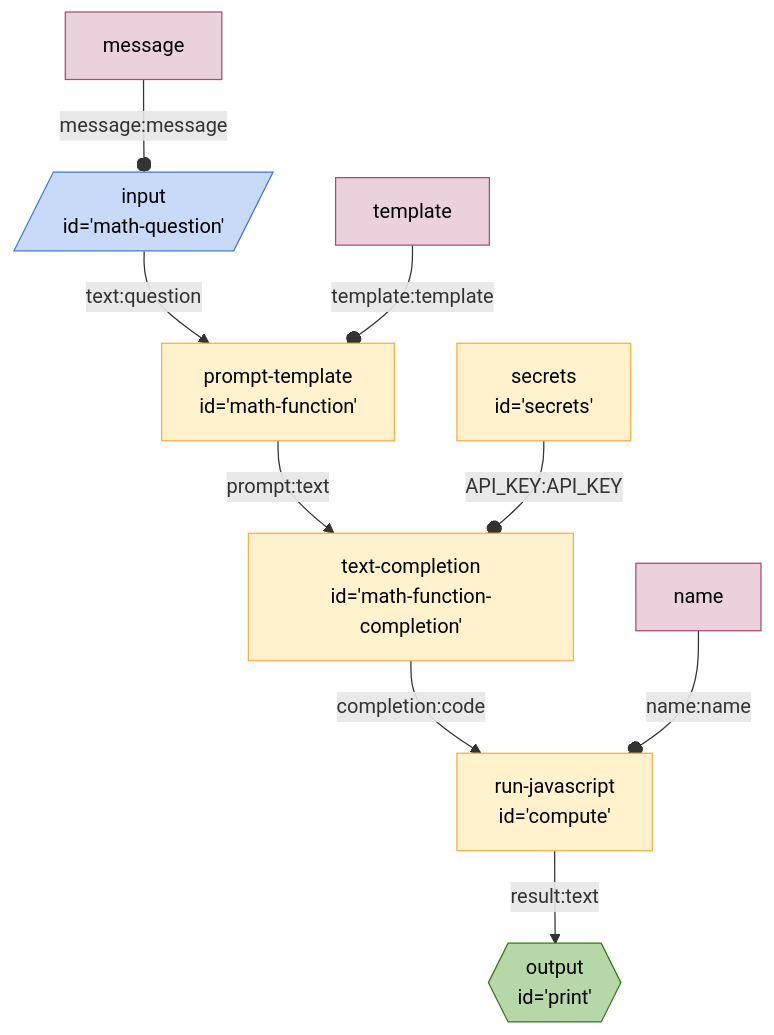
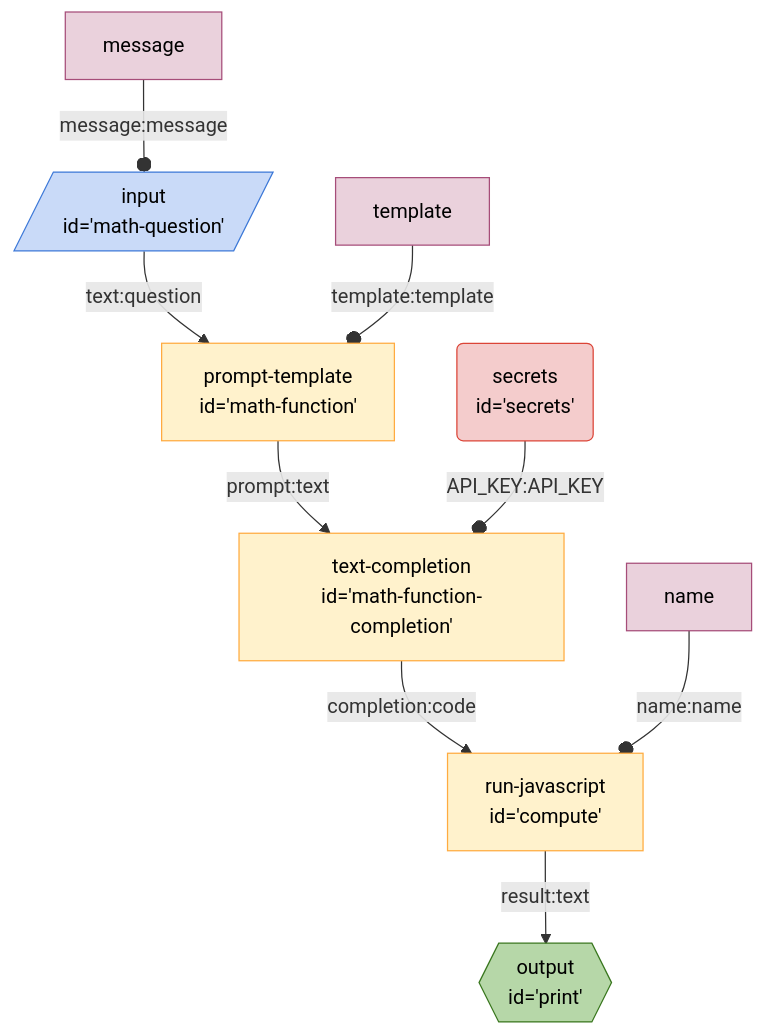
One commit to breadboard-ai/breadboard changed the diagram in seeds/graph-playground/docs/graphs/math.md. Above: the diagram before and after it, drawn with Mermaid. The commit also changed 14 other files, not shown here.

Commit message:
[graphs] Make `secrets` more prominent on diagrams.

````diff
--- a/seeds/graph-playground/docs/graphs/math.md
+++ b/seeds/graph-playground/docs/graphs/math.md
@@ -4,29 +4,30 @@
 ```mermaid
 %%{init: 'themeVariables': { 'fontFamily': 'Fira Code, monospace' }}%%
 graph TD;
 mathquestion[/"input
 id='math-question'"/]:::input -- text:question --> mathfunction["prompt-template
 id='math-function'"]
 mathfunction["prompt-template
 id='math-function'"] -- prompt:text --> mathfunctioncompletion["text-completion
 id='math-function-completion'"]
-secrets["secrets
-id='secrets'"] -- API_KEY:API_KEY --o mathfunctioncompletion["text-completion
+secrets("secrets
+id='secrets'"):::secrets -- API_KEY:API_KEY --o mathfunctioncompletion["text-completion
 id='math-function-completion'"]
 mathfunctioncompletion["text-completion
 id='math-function-completion'"] -- completion:code --> compute["run-javascript
 id='compute'"]
 compute["run-javascript
 id='compute'"] -- result:text --> print{{"output
 id='print'"}}:::output
 messagemathquestion[message]:::config -- message:message --o mathquestion
 templatemathfunction[template]:::config -- template:template --o mathfunction
 namecompute[name]:::config -- name:name --o compute
 classDef default stroke:#ffab40,fill:#fff2ccff,color:#000
 classDef input stroke:#3c78d8,fill:#c9daf8ff,color:#000
 classDef output stroke:#38761d,fill:#b6d7a8ff,color:#000
 classDef passthrough stroke:#a64d79,fill:#ead1dcff,color:#000
 classDef slot stroke:#a64d79,fill:#ead1dcff,color:#000
 classDef config stroke:#a64d79,fill:#ead1dcff,color:#000
+classDef secrets stroke:#db4437,fill:#f4cccc,color:#000
 classDef slotted stroke:#a64d79
 ```
````
